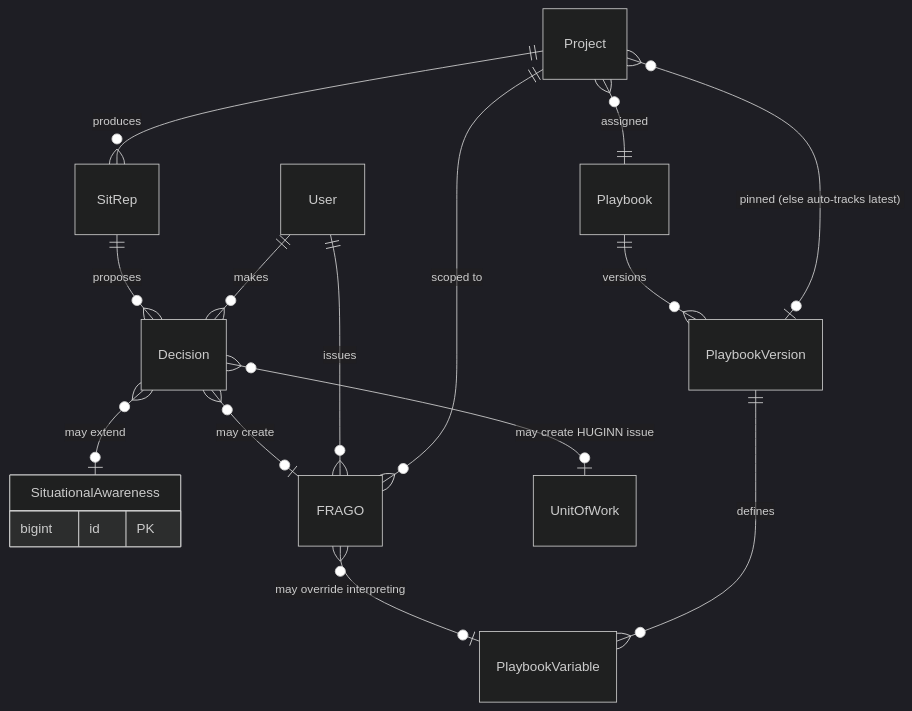
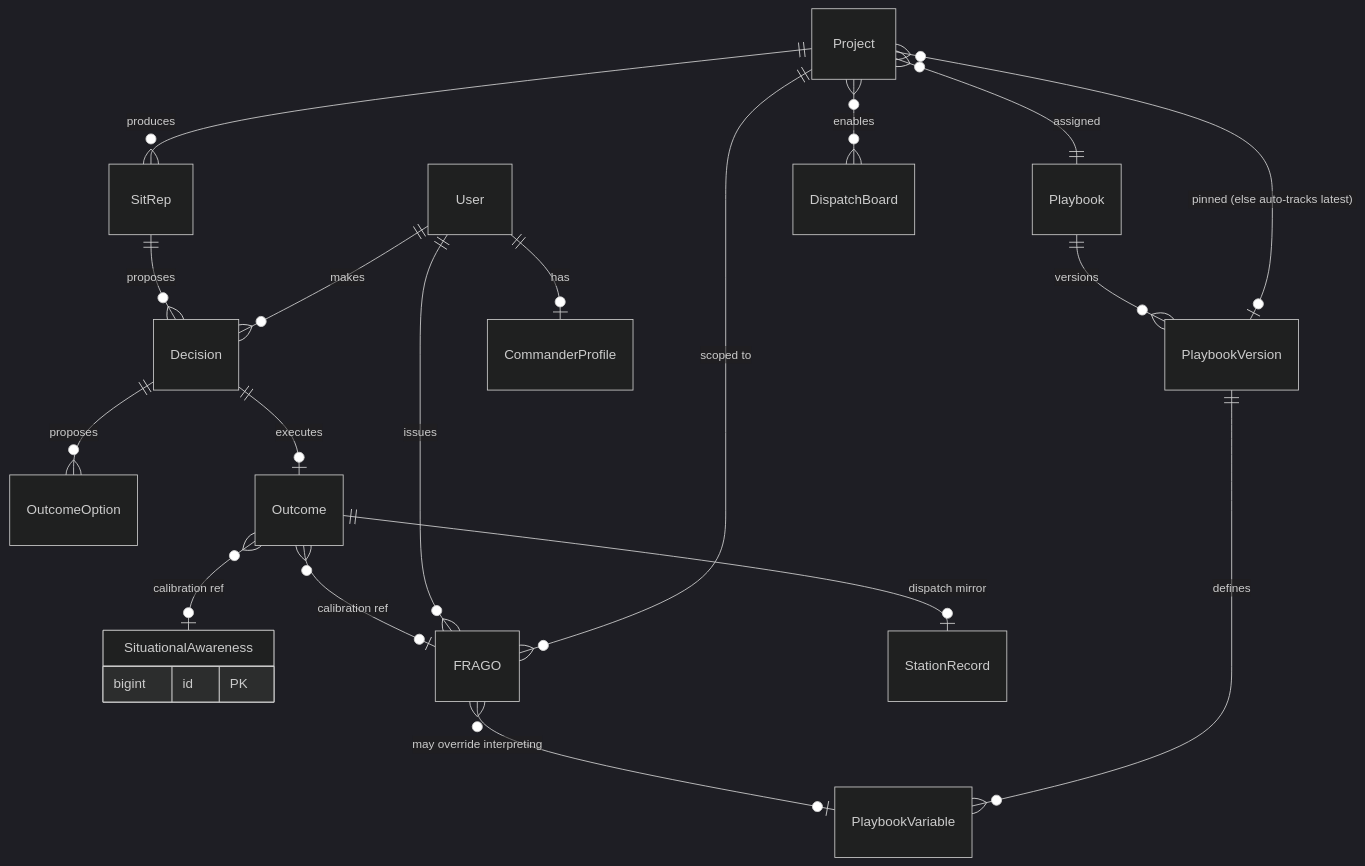
One commit to FeatureFactory-io/huginn changed the third of 7 diagrams in docs/ideation/vision.md. Above: the diagram before and after it, drawn with Mermaid (dark theme). The commit also changed other lines of this file and 16 other files, not shown here.

First line of the commit message:
docs(outcome): adopt Decision → Outcome vocabulary; refresh landing narrative

````diff
--- a/docs/ideation/vision.md
+++ b/docs/ideation/vision.md
@@ -200,20 +229,24 @@
 ```mermaid
 erDiagram
     SituationalAwareness {
         bigint id PK
     }
     Project ||--o{ SitRep : produces
     Project ||--o{ FRAGO : "scoped to"
     %% One SA row per workspace — not FK-linked to Project (Act 12)
     Project }o--|| Playbook : assigned
     Project }o--o| PlaybookVersion : "pinned (else auto-tracks latest)"
     Playbook ||--o{ PlaybookVersion : versions
     PlaybookVersion ||--o{ PlaybookVariable : defines
     FRAGO }o--o| PlaybookVariable : "may override interpreting"
     User ||--o{ Decision : makes
+    User ||--o| CommanderProfile : has
     User ||--o{ FRAGO : issues
     SitRep ||--o{ Decision : proposes
-    Decision }o--o| FRAGO : "may create"
-    Decision }o--o| SituationalAwareness : "may extend"
-    Decision }o--o| UnitOfWork : "may create HUGINN issue"
+    Decision ||--o{ OutcomeOption : proposes
+    Decision ||--o| Outcome : executes
+    Outcome }o--o| FRAGO : "calibration ref"
+    Outcome }o--o| SituationalAwareness : "calibration ref"
+    Outcome ||--o| StationRecord : "dispatch mirror"
+    Project }o--o{ DispatchBoard : enables
 ```
````
